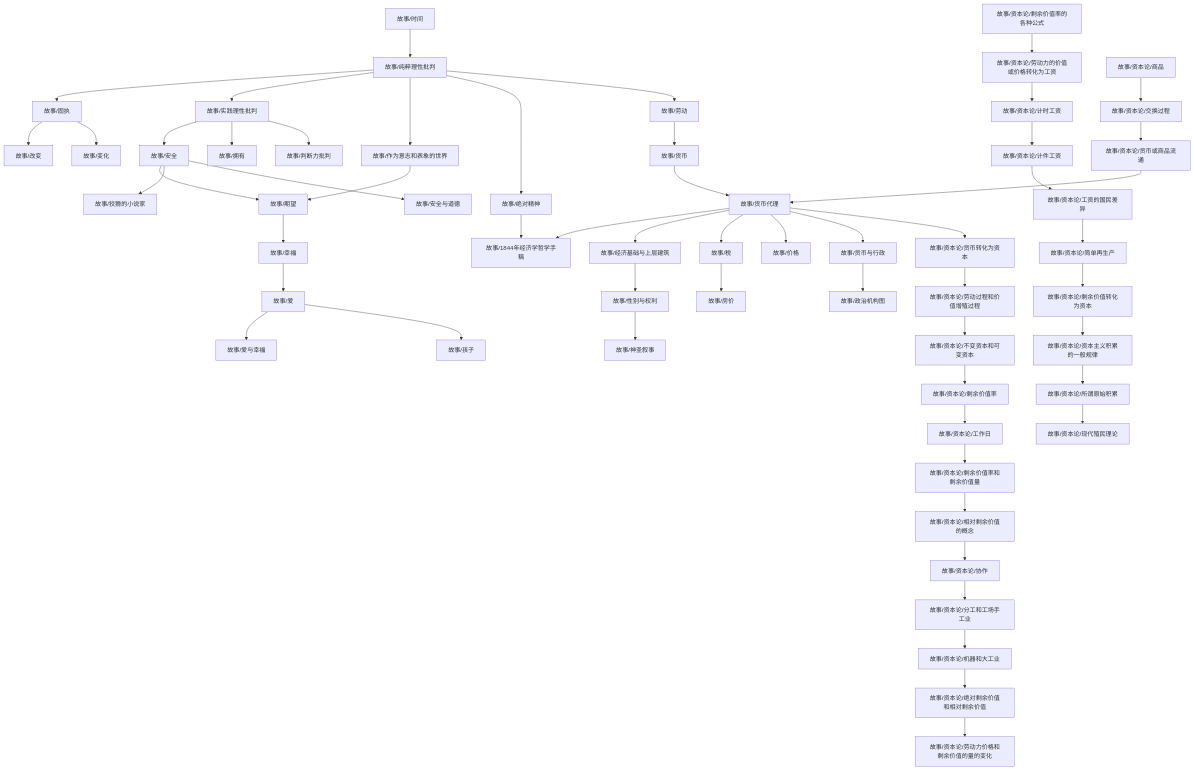
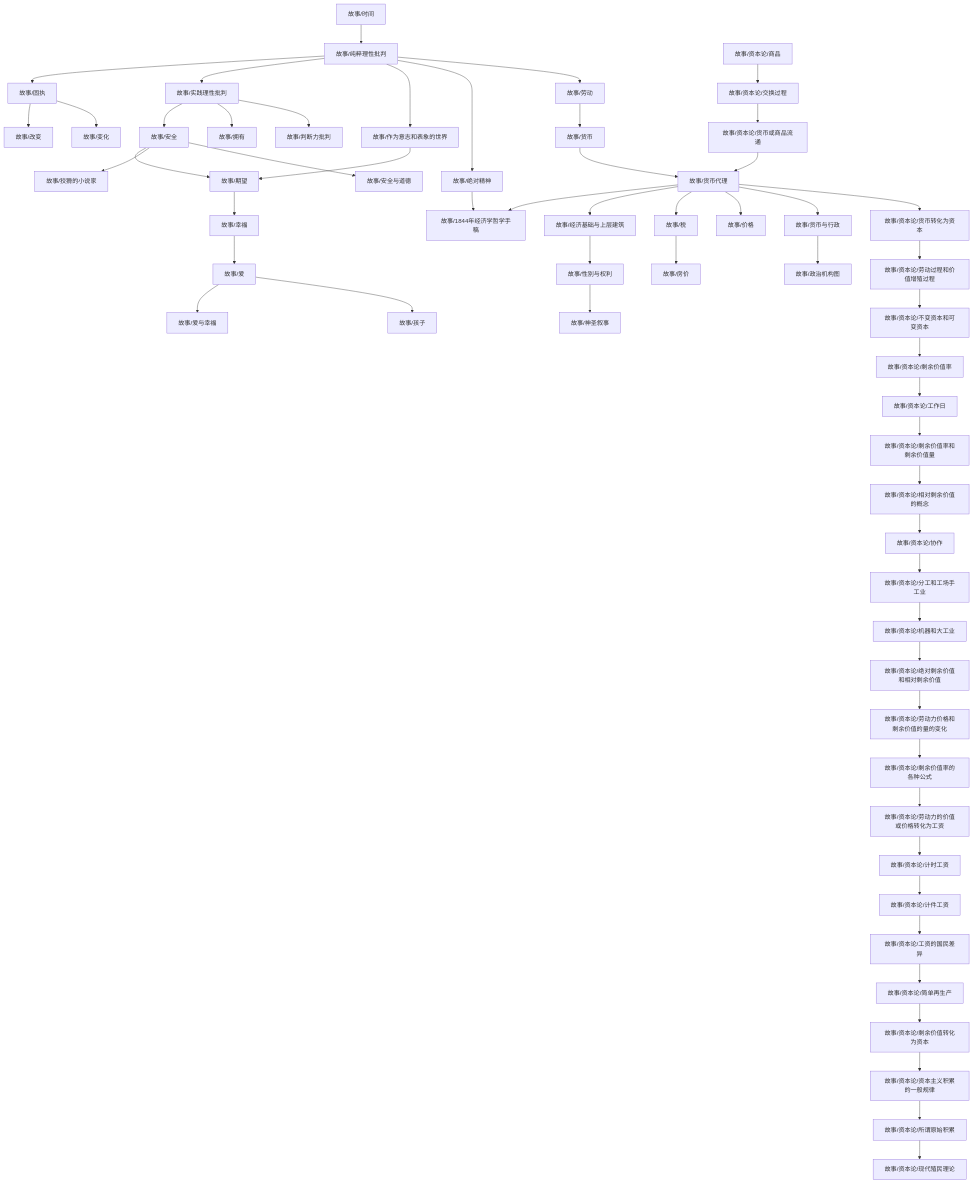
The diagram in content/故事/dependency_graph.md (zengls3186428803/zengls3186428803.github.io), drawn with Mermaid before and after one commit. The commit also changed 2 other files, not shown here.

````diff
--- a/content/故事/dependency_graph.md
+++ b/content/故事/dependency_graph.md
@@ -1,58 +1,59 @@
 ```mermaid
 graph TD
 1["故事/纯粹理性批判"] --> 0["故事/固执"]
 3["故事/经济基础与上层建筑"] --> 2["故事/性别与权利"]
 0["故事/固执"] --> 4["故事/改变"]
 6["故事/货币代理"] --> 5["故事/1844年经济学哲学手稿"]
 7["故事/绝对精神"] --> 5["故事/1844年经济学哲学手稿"]
 9["故事/作为意志和表象的世界"] --> 8["故事/期望"]
 10["故事/安全"] --> 8["故事/期望"]
 10["故事/安全"] --> 11["故事/狡猾的小说家"]
 1["故事/纯粹理性批判"] --> 12["故事/实践理性批判"]
 13["故事/时间"] --> 1["故事/纯粹理性批判"]
 12["故事/实践理性批判"] --> 10["故事/安全"]
 6["故事/货币代理"] --> 3["故事/经济基础与上层建筑"]
 12["故事/实践理性批判"] --> 14["故事/拥有"]
 6["故事/货币代理"] --> 15["故事/税"]
 15["故事/税"] --> 16["故事/房价"]
 18["故事/货币与行政"] --> 17["故事/政治机构图"]
 0["故事/固执"] --> 19["故事/变化"]
 21["故事/幸福"] --> 20["故事/爱"]
 6["故事/货币代理"] --> 22["故事/价格"]
 23["故事/货币"] --> 6["故事/货币代理"]
 24["故事/资本论/货币或商品流通"] --> 6["故事/货币代理"]
 1["故事/纯粹理性批判"] --> 9["故事/作为意志和表象的世界"]
 1["故事/纯粹理性批判"] --> 7["故事/绝对精神"]
 6["故事/货币代理"] --> 18["故事/货币与行政"]
 10["故事/安全"] --> 26["故事/安全与道德"]
 2["故事/性别与权利"] --> 27["故事/神圣叙事"]
 20["故事/爱"] --> 28["故事/爱与幸福"]
 29["故事/劳动"] --> 23["故事/货币"]
 20["故事/爱"] --> 30["故事/孩子"]
 1["故事/纯粹理性批判"] --> 29["故事/劳动"]
 12["故事/实践理性批判"] --> 31["故事/判断力批判"]
 8["故事/期望"] --> 21["故事/幸福"]
 33["故事/资本论/不变资本和可变资本"] --> 32["故事/资本论/剩余价值率"]
 35["故事/资本论/所谓原始积累"] --> 34["故事/资本论/现代殖民理论"]
 36["故事/资本论/交换过程"] --> 24["故事/资本论/货币或商品流通"]
 38["故事/资本论/剩余价值转化为资本"] --> 37["故事/资本论/资本主义积累的一般规律"]
 40["故事/资本论/劳动力的价值或价格转化为工资"] --> 39["故事/资本论/计时工资"]
 42["故事/资本论/机器和大工业"] --> 41["故事/资本论/绝对剩余价值和相对剩余价值"]
 44["故事/资本论/货币转化为资本"] --> 43["故事/资本论/劳动过程和价值增殖过程"]
 43["故事/资本论/劳动过程和价值增殖过程"] --> 33["故事/资本论/不变资本和可变资本"]
 46["故事/资本论/相对剩余价值的概念"] --> 45["故事/资本论/协作"]
 37["故事/资本论/资本主义积累的一般规律"] --> 35["故事/资本论/所谓原始积累"]
 47["故事/资本论/分工和工场手工业"] --> 42["故事/资本论/机器和大工业"]
 6["故事/货币代理"] --> 44["故事/资本论/货币转化为资本"]
 48["故事/资本论/商品"] --> 36["故事/资本论/交换过程"]
 50["故事/资本论/工资的国民差异"] --> 49["故事/资本论/简单再生产"]
 39["故事/资本论/计时工资"] --> 51["故事/资本论/计件工资"]
 41["故事/资本论/绝对剩余价值和相对剩余价值"] --> 52["故事/资本论/劳动力价格和剩余价值的量的变化"]
 49["故事/资本论/简单再生产"] --> 38["故事/资本论/剩余价值转化为资本"]
 51["故事/资本论/计件工资"] --> 50["故事/资本论/工资的国民差异"]
 45["故事/资本论/协作"] --> 47["故事/资本论/分工和工场手工业"]
 53["故事/资本论/剩余价值率的各种公式"] --> 40["故事/资本论/劳动力的价值或价格转化为工资"]
 55["故事/资本论/工作日"] --> 54["故事/资本论/剩余价值率和剩余价值量"]
+52["故事/资本论/劳动力价格和剩余价值的量的变化"] --> 53["故事/资本论/剩余价值率的各种公式"]
 54["故事/资本论/剩余价值率和剩余价值量"] --> 46["故事/资本论/相对剩余价值的概念"]
 32["故事/资本论/剩余价值率"] --> 55["故事/资本论/工作日"]
 ```
````
